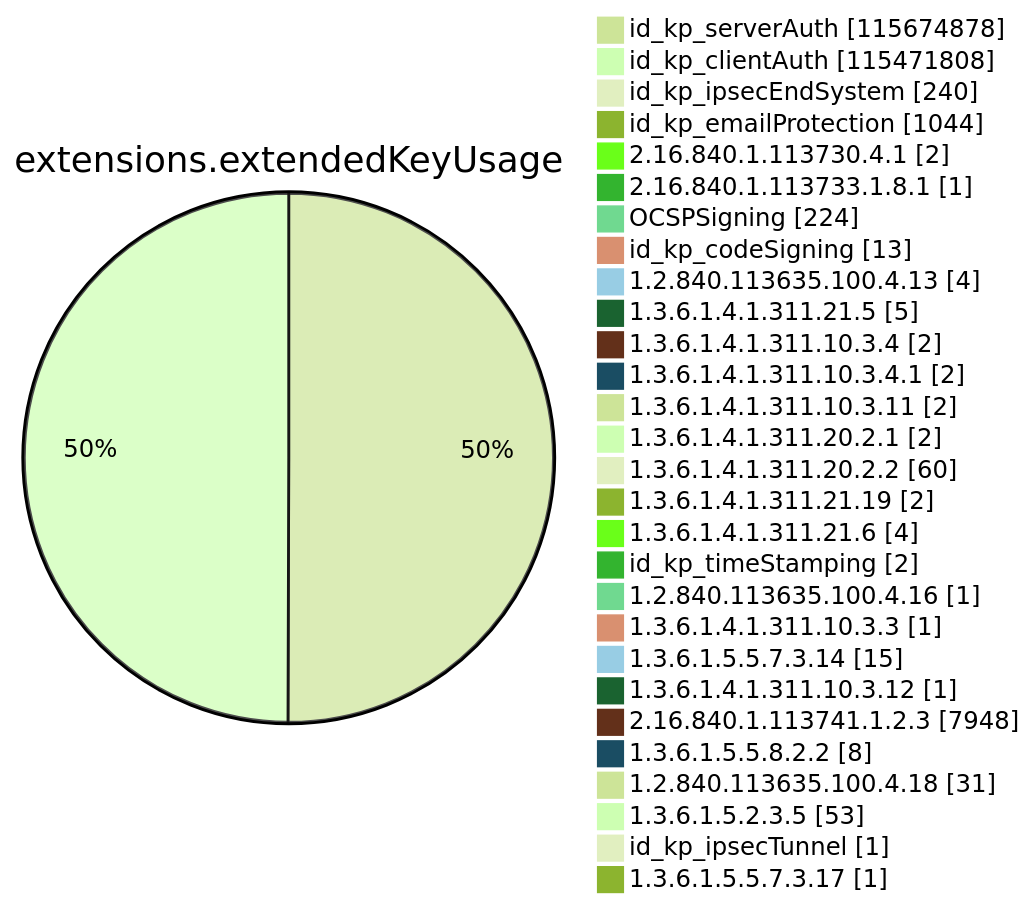
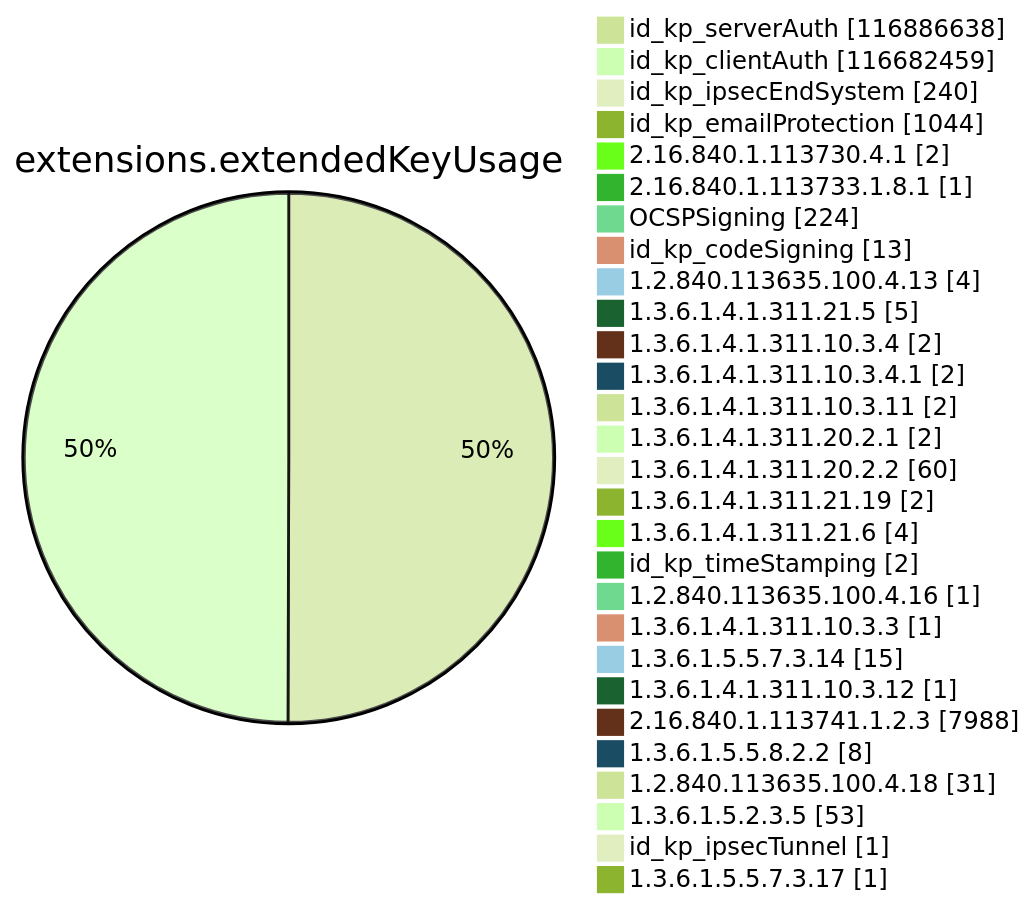
One commit to christiankrug/ctmonitor_visualization changed diagram 11 of 15 in argon2023/README.md. Above: the diagram before and after it, drawn with Mermaid (forest theme). The commit also changed other lines of this file, not shown here.

````diff
--- a/argon2023/README.md
+++ b/argon2023/README.md
@@ -2669,32 +2671,32 @@
 ```mermaid
 pie showData
 title extensions.extendedKeyUsage
-"id_kp_serverAuth" :115674878
-"id_kp_clientAuth" :115471808
+"id_kp_serverAuth" :116886638
+"id_kp_clientAuth" :116682459
 "id_kp_ipsecEndSystem" :240
 "id_kp_emailProtection" :1044
 "2.16.840.1.113730.4.1" :2
 "2.16.840.1.113733.1.8.1" :1
 "OCSPSigning" :224
 "id_kp_codeSigning" :13
 "1.2.840.113635.100.4.13" :4
 "1.3.6.1.4.1.311.21.5" :5
 "1.3.6.1.4.1.311.10.3.4" :2
 "1.3.6.1.4.1.311.10.3.4.1" :2
 "1.3.6.1.4.1.311.10.3.11" :2
 "1.3.6.1.4.1.311.20.2.1" :2
 "1.3.6.1.4.1.311.20.2.2" :60
 "1.3.6.1.4.1.311.21.19" :2
 "1.3.6.1.4.1.311.21.6" :4
 "id_kp_timeStamping" :2
 "1.2.840.113635.100.4.16" :1
 "1.3.6.1.4.1.311.10.3.3" :1
 "1.3.6.1.5.5.7.3.14" :15
 "1.3.6.1.4.1.311.10.3.12" :1
-"2.16.840.1.113741.1.2.3" :7948
+"2.16.840.1.113741.1.2.3" :7988
 "1.3.6.1.5.5.8.2.2" :8
 "1.2.840.113635.100.4.18" :31
 "1.3.6.1.5.2.3.5" :53
 "id_kp_ipsecTunnel" :1
 "1.3.6.1.5.5.7.3.17" :1
 ```
````
